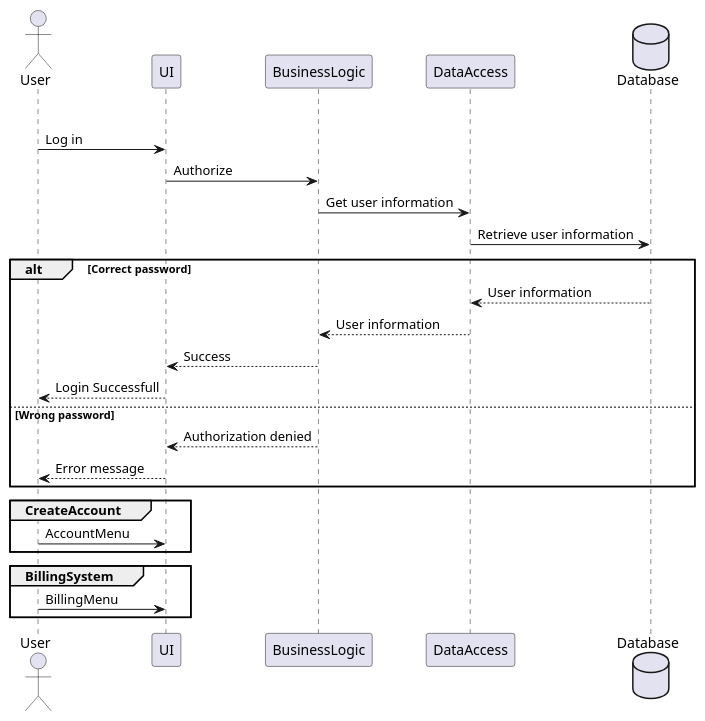
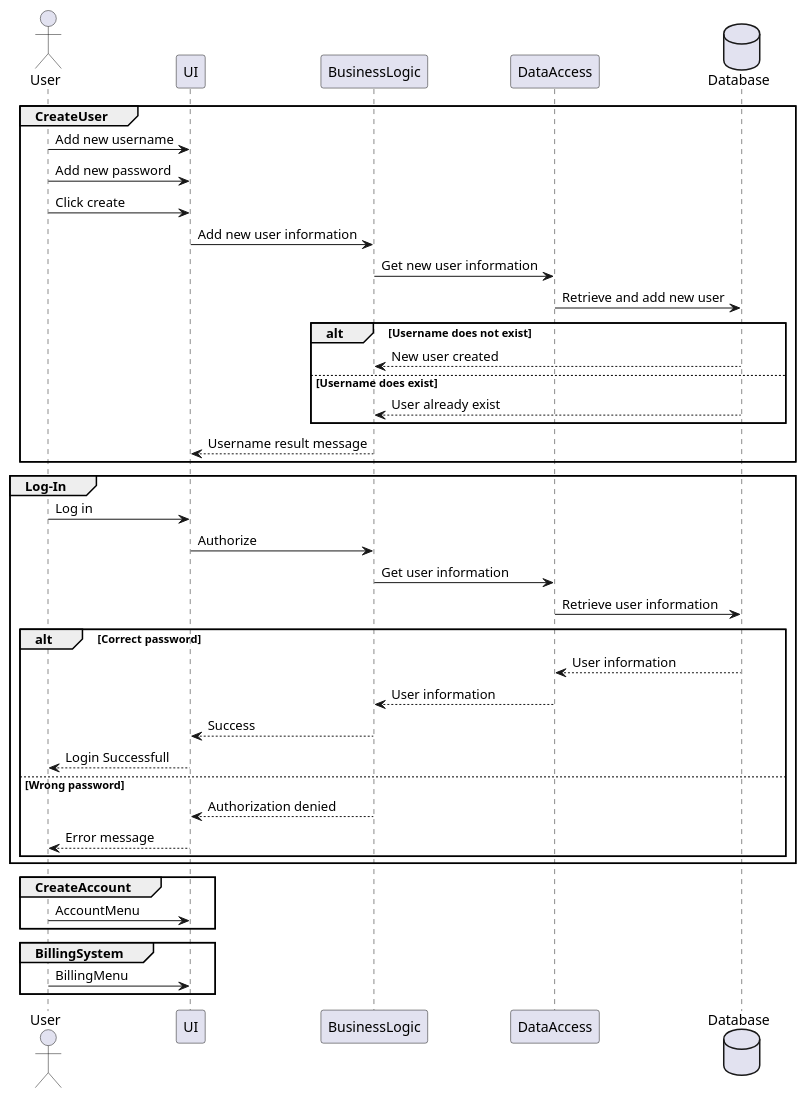
Before and after one commit to runejac/PG3302Eksamen: the diagram in PG3302Eksamen/assets/Sequence.puml, drawn with PlantUML.

Commit message:
Updated seqdiagram

```diff
--- a/PG3302Eksamen/assets/Sequence.puml
+++ b/PG3302Eksamen/assets/Sequence.puml
@@ -1,32 +1,49 @@
 @startuml
 
 actor User 
 participant UI
 participant BusinessLogic
 participant DataAccess
 database Database
+
+group CreateUser
+User -> UI : Add new username
+User -> UI : Add new password
+User -> UI : Click create
+UI -> BusinessLogic : Add new user information
+BusinessLogic -> DataAccess : Get new user information
+DataAccess -> Database : Retrieve and add new user 
+
+alt Username does not exist
+BusinessLogic <-- Database : New user created
+else Username does exist
+BusinessLogic <-- Database  : User already exist
+end
+UI <-- BusinessLogic : Username result message
+end
 
 group Log-In
 User -> UI : Log in
 UI -> BusinessLogic : Authorize
 BusinessLogic -> DataAccess: Get user information
 DataAccess -> Database : Retrieve user information
 alt Correct password
 DataAccess <-- Database : User information
 BusinessLogic <-- DataAccess : User information
 UI <-- BusinessLogic : Success
 User <-- UI : Login Successfull
 else Wrong password
 UI <-- BusinessLogic : Authorization denied
 User <-- UI : Error message
 end
+end
 
 group CreateAccount
 User -> UI : AccountMenu
 end
 
 group BillingSystem
 User -> UI : BillingMenu
 end
 
 @enduml
```
